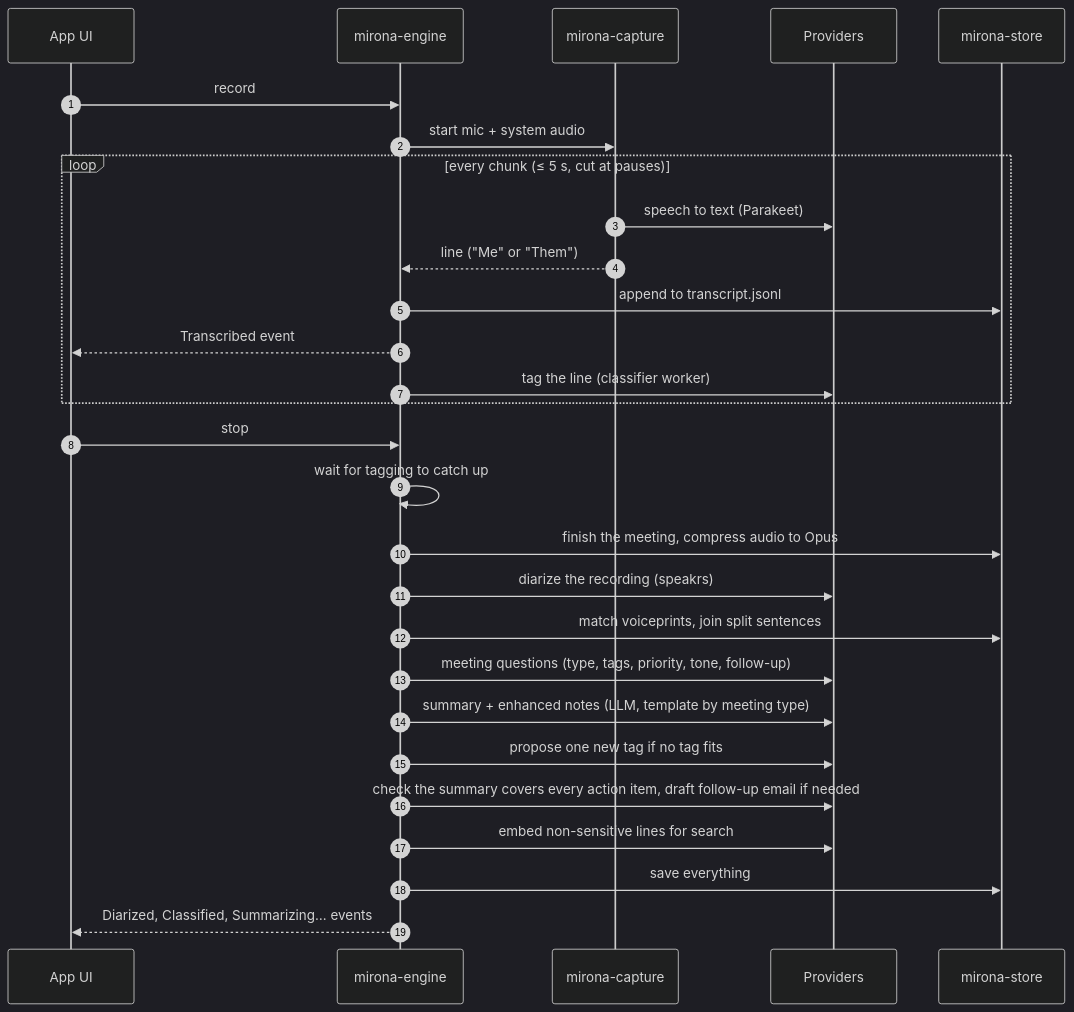
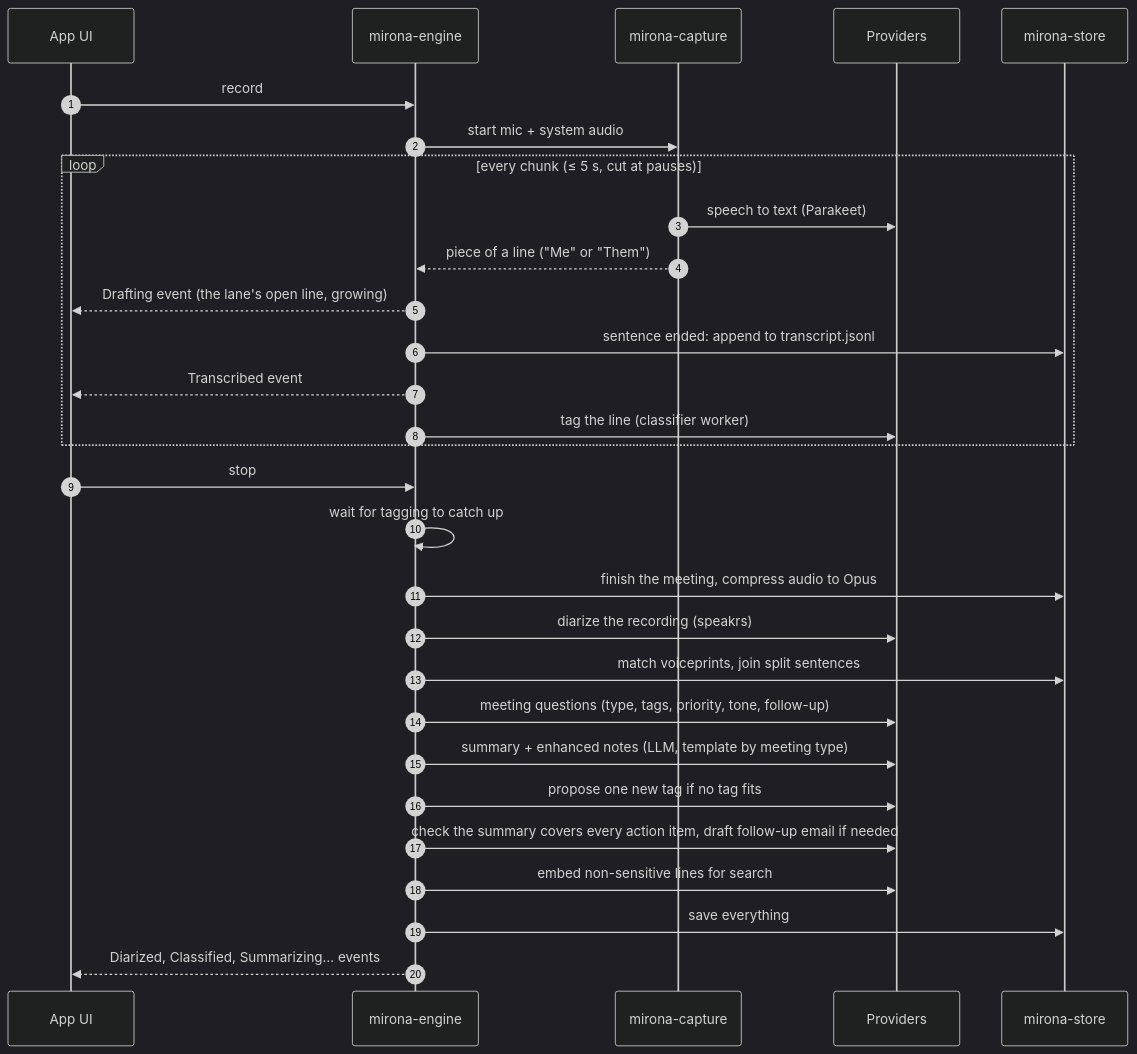
The second of 3 diagrams in docs/architecture.md (aryan-curiel/mirona), drawn with Mermaid (dark theme) before and after one commit. The commit also changed other lines of this file and 9 other files, not shown here.

````diff
--- a/docs/architecture.md
+++ b/docs/architecture.md
@@ -44,31 +44,32 @@
 ```mermaid
 sequenceDiagram
     autonumber
     participant UI as App UI
     participant E as mirona-engine
     participant C as mirona-capture
     participant P as Providers
     participant S as mirona-store
 
     UI->>E: record
     E->>C: start mic + system audio
     loop every chunk (≤ 5 s, cut at pauses)
         C->>P: speech to text (Parakeet)
-        C-->>E: line ("Me" or "Them")
-        E->>S: append to transcript.jsonl
+        C-->>E: piece of a line ("Me" or "Them")
+        E-->>UI: Drafting event (the lane's open line, growing)
+        E->>S: sentence ended: append to transcript.jsonl
         E-->>UI: Transcribed event
         E->>P: tag the line (classifier worker)
     end
     UI->>E: stop
     E->>E: wait for tagging to catch up
     E->>S: finish the meeting, compress audio to Opus
     E->>P: diarize the recording (speakrs)
     E->>S: match voiceprints, join split sentences
     E->>P: meeting questions (type, tags, priority, tone, follow-up)
     E->>P: summary + enhanced notes (LLM, template by meeting type)
     E->>P: propose one new tag if no tag fits
     E->>P: check the summary covers every action item, draft follow-up email if needed
     E->>P: embed non-sensitive lines for search
     E->>S: save everything
     E-->>UI: Diarized, Classified, Summarizing… events
 ```
````
